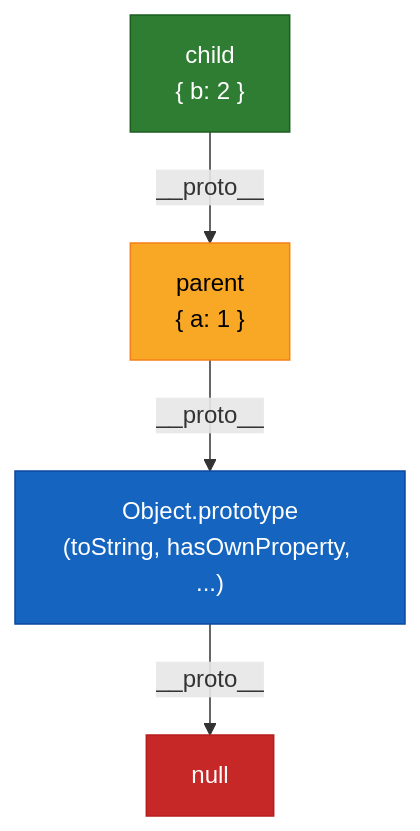
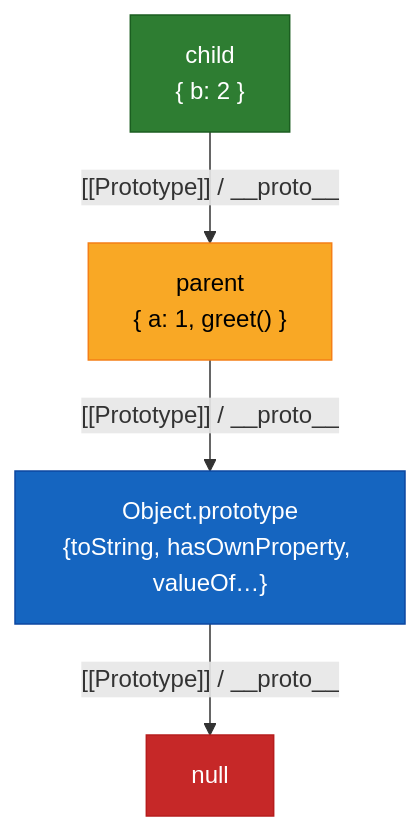
The eighth of 23 diagrams in javascript-notes.md (PrashantMudhiraj/JSAdv), drawn with Mermaid before and after one commit. The commit also changed other lines of this file, not shown here.

````diff
--- a/javascript-notes.md
+++ b/javascript-notes.md
@@ -1598,16 +1993,16 @@
 ```mermaid
 flowchart TB
     NULL["null"]
-    OP["Object.prototype<br/>(toString, hasOwnProperty, ...)"]
-    PARENT["parent<br/>{ a: 1 }"]
+    OP["Object.prototype<br/>{toString, hasOwnProperty, valueOf…}"]
+    PARENT["parent<br/>{ a: 1, greet() }"]
     CHILD["child<br/>{ b: 2 }"]
 
-    CHILD -->|"__proto__"| PARENT
-    PARENT -->|"__proto__"| OP
-    OP -->|"__proto__"| NULL
+    CHILD -->|"[[Prototype]] / __proto__"| PARENT
+    PARENT -->|"[[Prototype]] / __proto__"| OP
+    OP -->|"[[Prototype]] / __proto__"| NULL
 
     style NULL fill:#c62828,color:#fff,stroke:#b71c1c
     style OP fill:#1565c0,color:#fff,stroke:#0d47a1
     style PARENT fill:#f9a825,color:#000,stroke:#f57f17
     style CHILD fill:#2e7d32,color:#fff,stroke:#1b5e20
 ```
````
